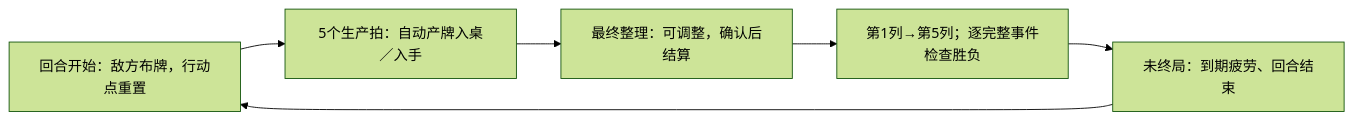
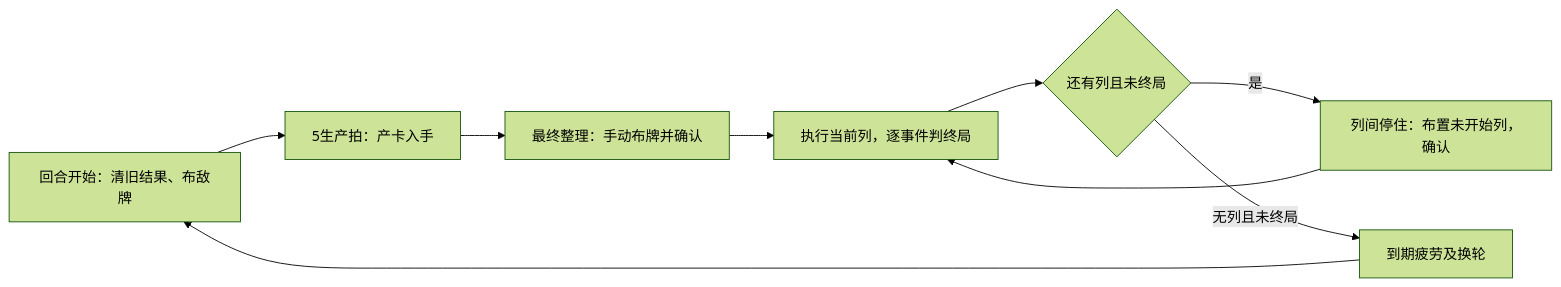
Before and after one commit to dsaj4/game_design: the diagram in yanzhou/design/GDD.md, drawn with Mermaid (forest theme). The commit also changed other lines of this file and 55 other files, not shown here.

```diff
--- a/yanzhou/design/GDD.md
+++ b/yanzhou/design/GDD.md
@@ -19,8 +19,11 @@
 ~~~mermaid
 flowchart LR
-  A["回合开始：敌方布牌，行动点重置"] --> B["5个生产拍：自动产牌入桌／入手"]
-  B --> C["最终整理：可调整，确认后结算"]
-  C --> D["第1列→第5列；逐完整事件检查胜负"]
-  D --> E["未终局：到期疲劳、回合结束"]
-  E --> A
+  A[回合开始：清旧结果、布敌牌] --> B[5生产拍：产卡入手]
+  B --> C[最终整理：手动布牌并确认]
+  C --> D[执行当前列，逐事件判终局]
+  D --> E{还有列且未终局}
+  E -->|是| F[列间停住：布置未开始列，确认]
+  F --> D
+  E -->|无列且未终局| G[到期疲劳及换轮]
+  G --> A
 ~~~
```
